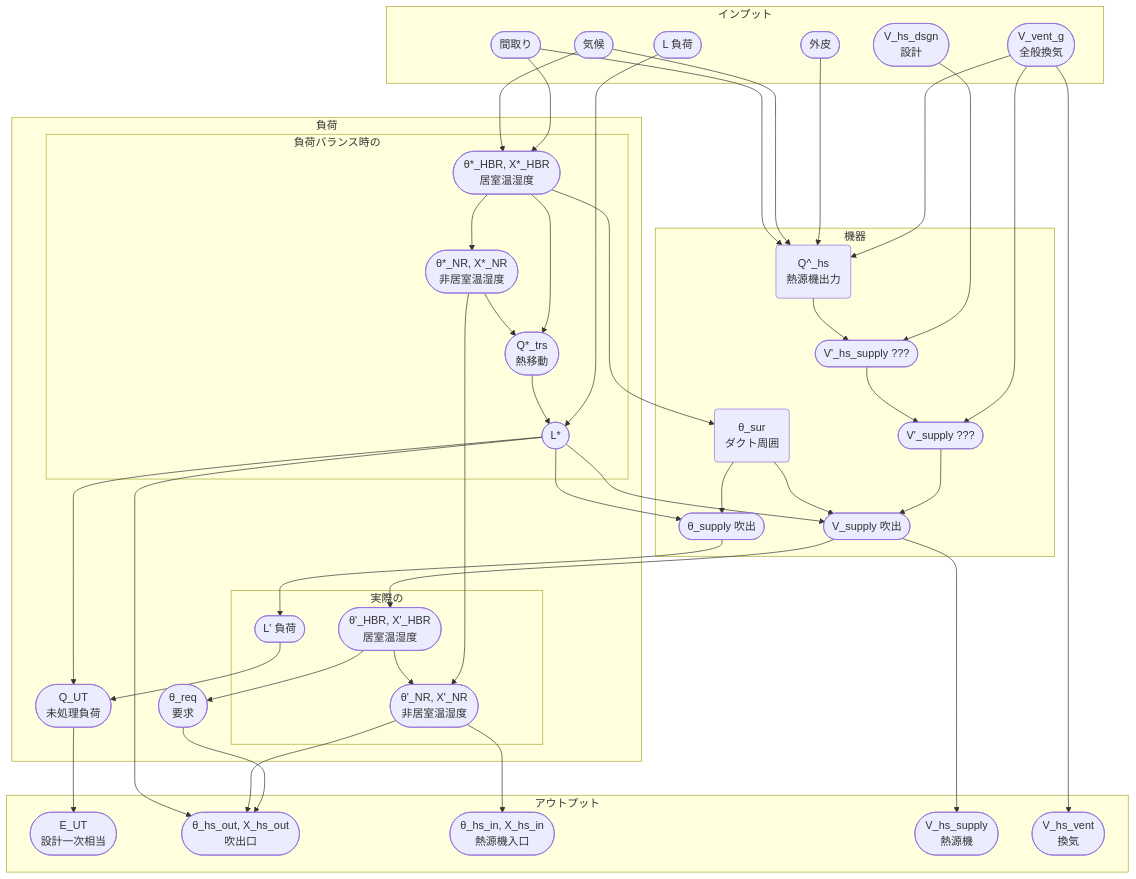
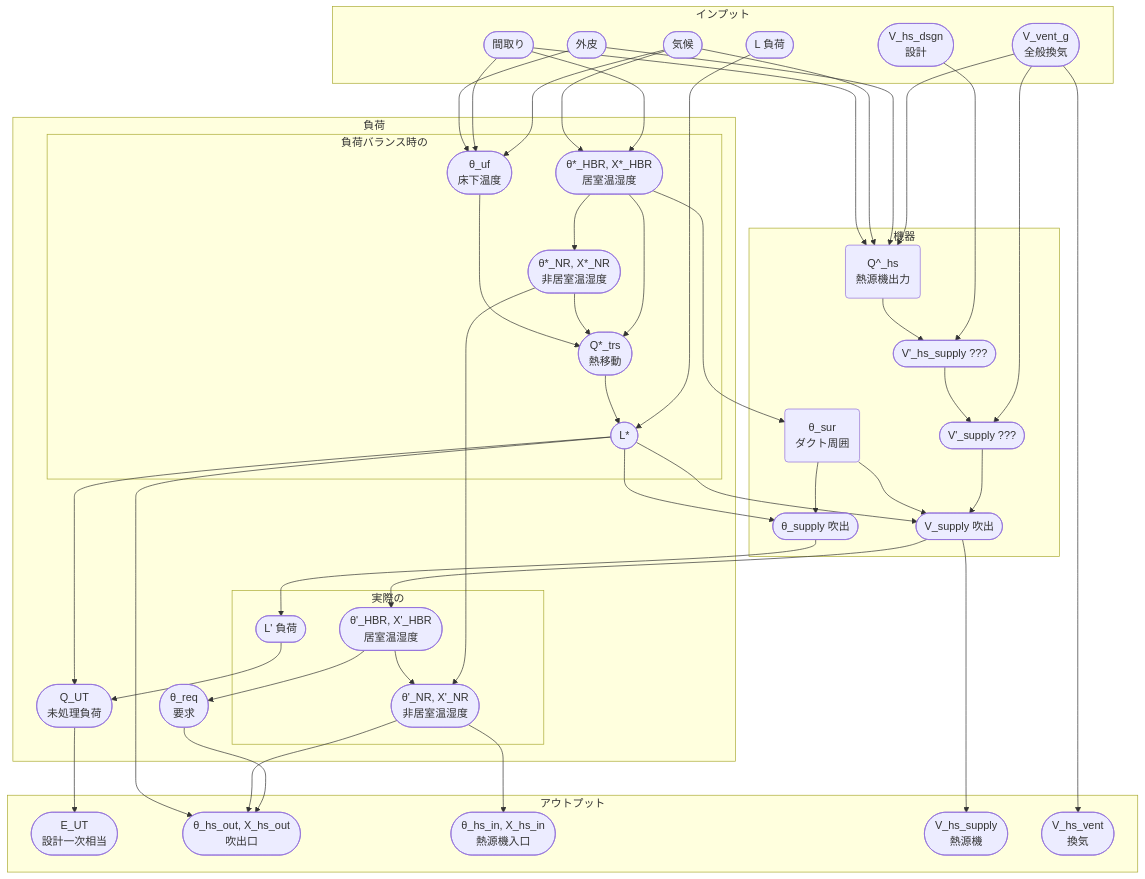
The third of 6 diagrams in src/docs/プロセスモデル_消費電力計算_標準.md (izumi-system-development/pyhees-jjj), drawn with Mermaid before and after one commit. The commit also changed other lines of this file, not shown here.

````diff
--- a/src/docs/プロセスモデル_消費電力計算_標準.md
+++ b/src/docs/プロセスモデル_消費電力計算_標準.md
@@ -129,69 +128,74 @@
 ```mermaid
 flowchart TD
 
 subgraph インプット
     L([L 負荷])
     Clima([気候])
     House([間取り])
     Skin([外皮])
     V_vent_g([V_vent_g<br/>全般換気])
     V_hs_dsgn([V_hs_dsgn<br/>設計])
 end
 
 L --> L_star
 House --> Theta_star_HBR
 Clima --> Theta_star_HBR
 
+Clima --> Theta_uf([θ_uf<br/>床下温度])
+House --> Theta_uf
+Skin --> Theta_uf
+
 subgraph 負荷
     subgraph 負荷バランス時の
         Theta_star_HBR([θ*_HBR, X*_HBR<br/>居室温湿度])
         Theta_star_HBR --> Theta_star_NR([θ*_NR, X*_NR<br/>非居室温湿度])
         Q_star_trs([Q*_trs<br/>熱移動]) --> L_star([L*])
         Theta_star_HBR --> Q_star_trs
         Theta_star_NR --> Q_star_trs
+        Theta_uf --> Q_star_trs
     end
     subgraph 実際の
         L_dash([L' 負荷])
         Theta_dash_HBR([θ'_HBR, X'_HBR<br/>居室温湿度])
         Theta_star_NR --> Theta_dash_NR([θ'_NR, X'_NR<br/>非居室温湿度])
         Theta_dash_HBR --> Theta_dash_NR
     end
     L_star --> Q_UT([Q_UT<br/>未処理負荷])
     L_dash --> Q_UT
     Theta_dash_HBR --> Theta_req([θ_req<br/>要求])
 end
 
 V_vent_g --> V_dash_supply
 V_vent_g --> Q_hat_hs
 V_hs_dsgn --> V_dash_hs_supply
 Skin --> Q_hat_hs
 Clima --> Q_hat_hs
 House --> Q_hat_hs
 
 Theta_star_HBR --> Theta_sur
 L_star --> V_supply
 L_star --> Theta_supply
 
 subgraph 機器
     Q_hat_hs(Q^_hs<br/>熱源機出力)
     Q_hat_hs --> V_dash_hs_supply([V'_hs_supply ???])
     V_dash_hs_supply --> V_dash_supply([V'_supply ???])
     V_dash_supply --> V_supply([V_supply 吹出])
     Theta_sur(θ_sur<br/>ダクト周囲) --> V_supply
     Theta_sur --> Theta_supply([θ_supply 吹出])
 end
 
 Theta_supply --> L_dash
 V_supply --> Theta_dash_HBR
 
 subgraph アウトプット
     Q_UT --> E_UT([E_UT<br/>設計一次相当])
     Theta_req --> Theta_hs_out([θ_hs_out, X_hs_out<br/>吹出口])
     Theta_dash_NR --> Theta_hs_out
     L_star --> Theta_hs_out
     Theta_dash_NR --> Theta_hs_in([θ_hs_in, X_hs_in<br/>熱源機入口])
     V_supply --> V_hs_supply([V_hs_supply<br/>熱源機])
     V_vent_g --> V_hs_vent([V_hs_vent<br/>換気])
 end
 
 ```
````
